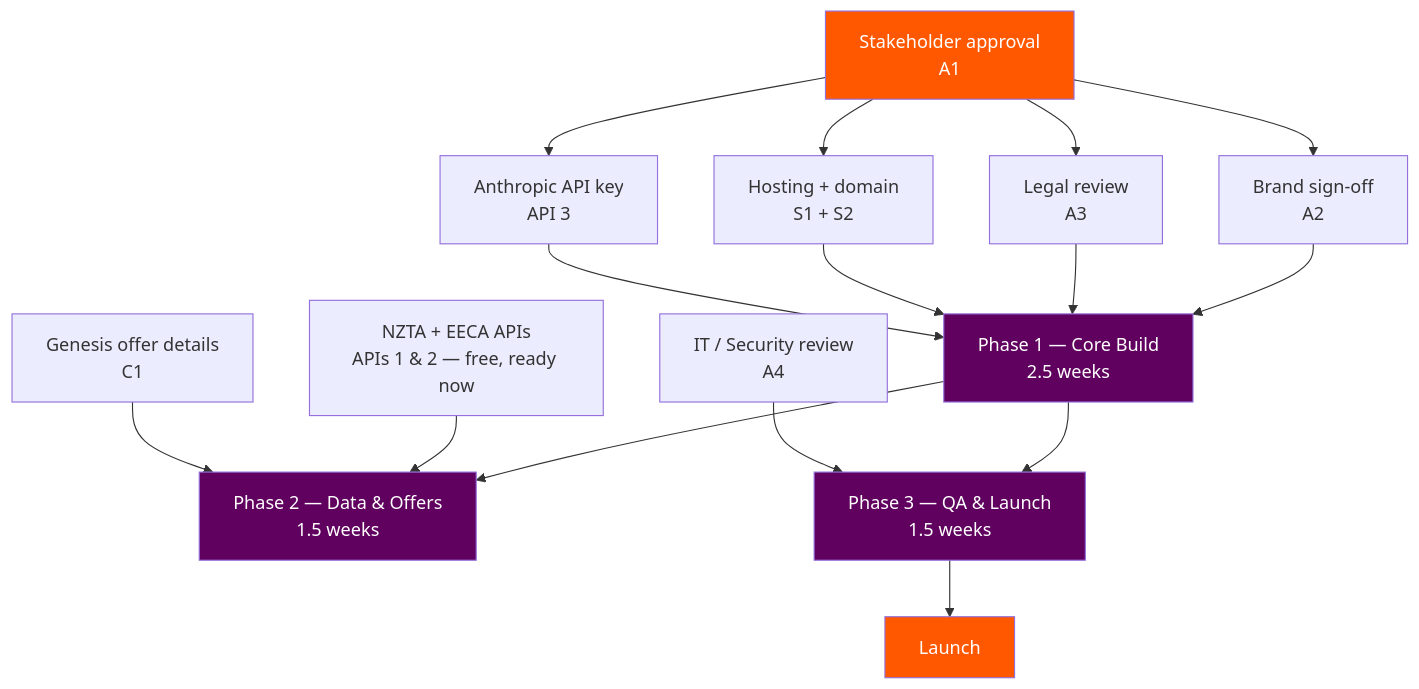
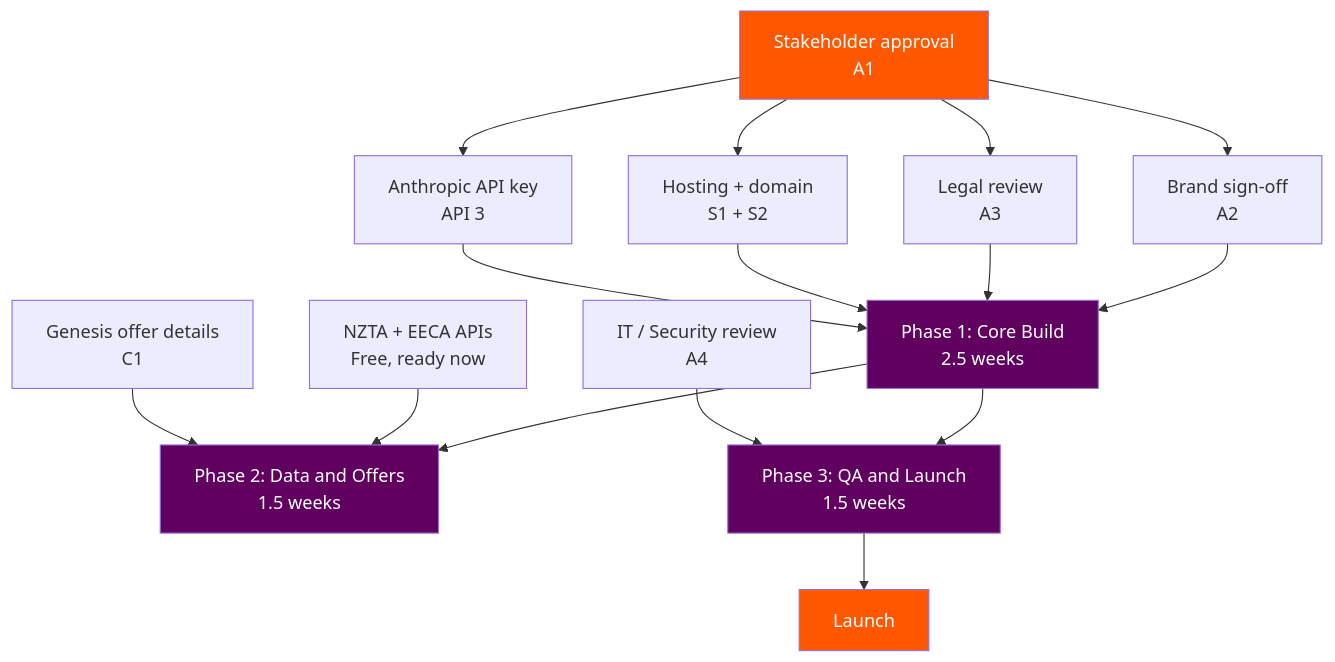
One commit to qcatch/ge-cogo changed the first of 3 diagrams in docs/tce-calculator-scope-estimate.md. Above: the diagram before and after it, drawn with Mermaid. The commit also changed other lines of this file, not shown here.

First line of the commit message:
docs: Promote External APIs to top-level section in scope estimate

````diff
--- a/docs/tce-calculator-scope-estimate.md
+++ b/docs/tce-calculator-scope-estimate.md
@@ -192,27 +198,27 @@
 ```mermaid
 flowchart TD
     A[Stakeholder approval<br/>A1] --> B[Brand sign-off<br/>A2]
     A --> C[Legal review<br/>A3]
     A --> D[Hosting + domain<br/>S1 + S2]
     A --> E[Anthropic API key<br/>API 3]
 
-    B --> F[Phase 1 — Core Build<br/>2.5 weeks]
+    B --> F[Phase 1: Core Build<br/>2.5 weeks]
     C --> F
     D --> F
     E --> F
 
-    F --> G[Phase 2 — Data & Offers<br/>1.5 weeks]
-    API12[NZTA + EECA APIs<br/>APIs 1 & 2 — free, ready now] --> G
+    F --> G[Phase 2: Data and Offers<br/>1.5 weeks]
+    API12[NZTA + EECA APIs<br/>Free, ready now] --> G
     C1[Genesis offer details<br/>C1] --> G
 
-    F --> H[Phase 3 — QA & Launch<br/>1.5 weeks]
+    F --> H[Phase 3: QA and Launch<br/>1.5 weeks]
     IT[IT / Security review<br/>A4] --> H
 
     H --> K[Launch]
 
     style A fill:#FF5800,color:#fff
     style K fill:#FF5800,color:#fff
     style F fill:#60005F,color:#fff
     style G fill:#60005F,color:#fff
     style H fill:#60005F,color:#fff
 ```
````
